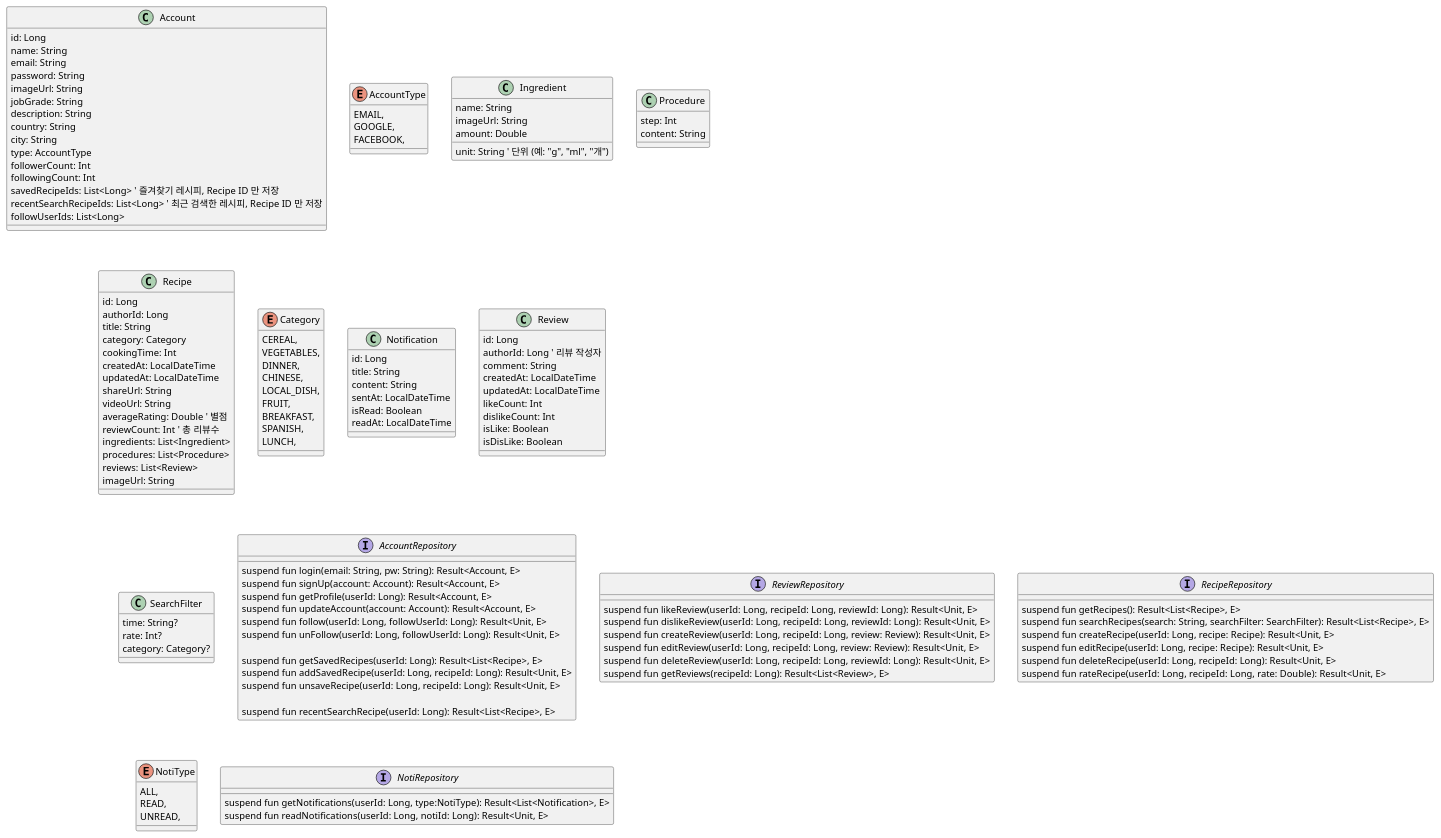
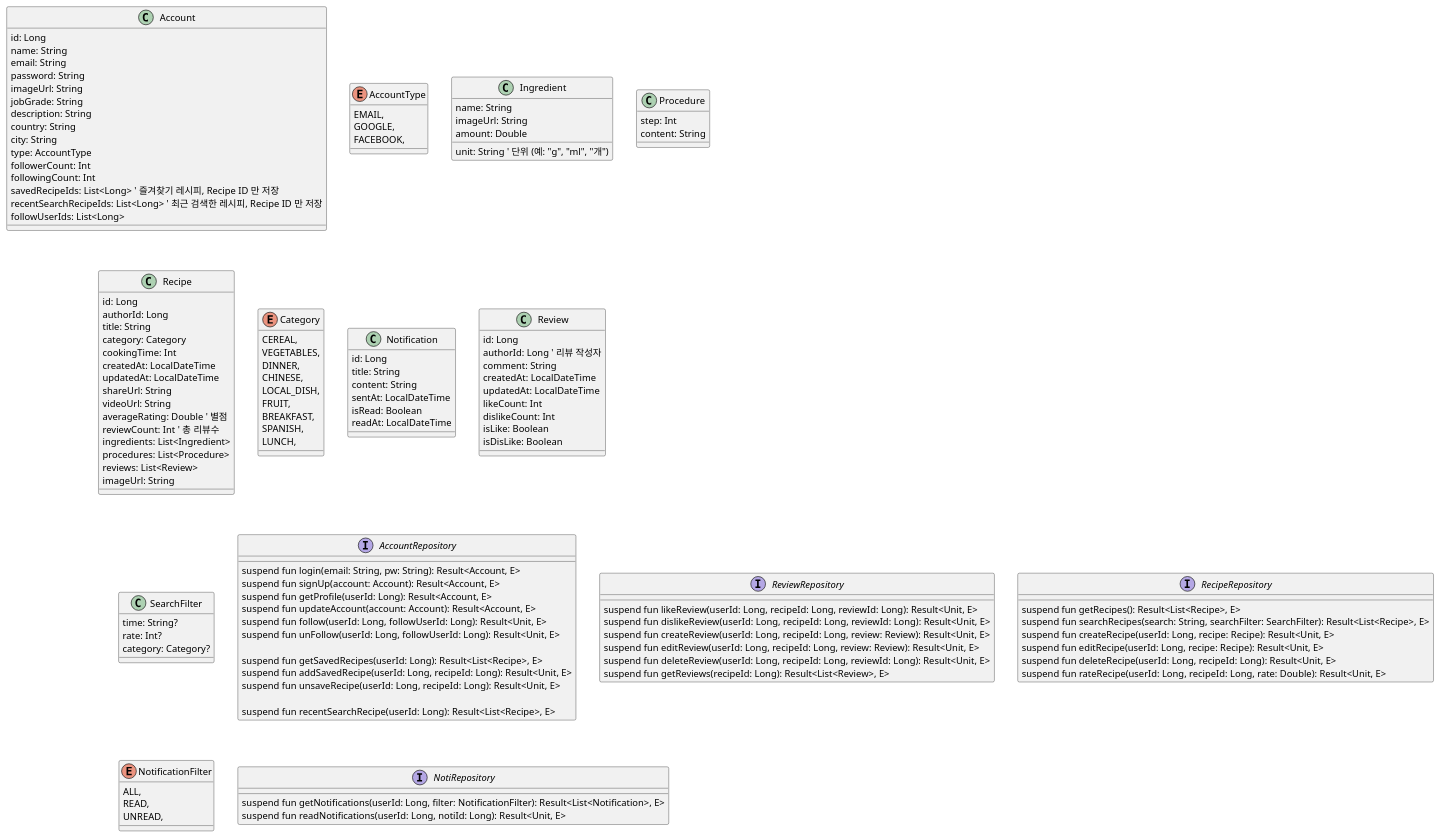
Before and after one commit to SurvivalCodingCampus/gangnam2_kotlin_study: the diagram in src/main/kotlin/com/ezlevup/my/foodrecipe/FoodRecipe1.puml, drawn with PlantUML.

Commit message:
feat: NotificationFilter 이름 변경

```diff
--- a/src/main/kotlin/com/ezlevup/my/foodrecipe/FoodRecipe1.puml
+++ b/src/main/kotlin/com/ezlevup/my/foodrecipe/FoodRecipe1.puml
@@ -1,151 +1,151 @@
 @startuml
 ' Food Recipe class-diagram
 
 class Account {
     id: Long
     name: String
     email: String
     password: String
     imageUrl: String
     jobGrade: String
     description: String
     country: String
     city: String
     type: AccountType
     followerCount: Int
     followingCount: Int
     savedRecipeIds: List<Long> ' 즐겨찾기 레시피, Recipe ID 만 저장
     recentSearchRecipeIds: List<Long> ' 최근 검색한 레시피, Recipe ID 만 저장
     followUserIds: List<Long>
 }
 
 enum AccountType {
     EMAIL,
     GOOGLE,
     FACEBOOK,
 }
 
 ' 재료
 class Ingredient {
     name: String
     imageUrl: String
     amount: Double
     unit: String ' 단위 (예: "g", "ml", "개")
 }
 
 ' 조리 순서
 class Procedure {
     step: Int
     content: String
 }
 
 class Recipe {
     id: Long
     authorId: Long
     title: String
     category: Category
     cookingTime: Int
     createdAt: LocalDateTime
     updatedAt: LocalDateTime
     shareUrl: String
     videoUrl: String
     averageRating: Double ' 별점
     reviewCount: Int ' 총 리뷰수
     ingredients: List<Ingredient>
     procedures: List<Procedure>
     reviews: List<Review>
     imageUrl: String
 }
 
 enum Category {
     CEREAL,
     VEGETABLES,
     DINNER,
     CHINESE,
     LOCAL_DISH,
     FRUIT,
     BREAKFAST,
     SPANISH,
     LUNCH,
 }
 
 
 class Notification {
     id: Long
     title: String
     content: String
     sentAt: LocalDateTime
     isRead: Boolean
     readAt: LocalDateTime
 }
 
 class Review {
     id: Long
     authorId: Long ' 리뷰 작성자
     comment: String
     createdAt: LocalDateTime
     updatedAt: LocalDateTime
     likeCount: Int
     dislikeCount: Int
     isLike: Boolean
     isDisLike: Boolean
 }
 
 class SearchFilter {
     time: String?
     rate: Int?
     category: Category?
 }
 
 
 interface AccountRepository {
     suspend fun login(email: String, pw: String): Result<Account, E>
     suspend fun signUp(account: Account): Result<Account, E>
     suspend fun getProfile(userId: Long): Result<Account, E>
     suspend fun updateAccount(account: Account): Result<Account, E>
     suspend fun follow(userId: Long, followUserId: Long): Result<Unit, E>
     suspend fun unFollow(userId: Long, followUserId: Long): Result<Unit, E>
 
     ' 즐겨 찾기한 레시피
     suspend fun getSavedRecipes(userId: Long): Result<List<Recipe>, E>
     suspend fun addSavedRecipe(userId: Long, recipeId: Long): Result<Unit, E>
     suspend fun unsaveRecipe(userId: Long, recipeId: Long): Result<Unit, E>
 
     ' 최근 검색 레시피
     suspend fun recentSearchRecipe(userId: Long): Result<List<Recipe>, E>
 }
 
 interface ReviewRepository {
     suspend fun likeReview(userId: Long, recipeId: Long, reviewId: Long): Result<Unit, E>
     suspend fun dislikeReview(userId: Long, recipeId: Long, reviewId: Long): Result<Unit, E>
     suspend fun createReview(userId: Long, recipeId: Long, review: Review): Result<Unit, E>
     suspend fun editReview(userId: Long, recipeId: Long, review: Review): Result<Unit, E>
     suspend fun deleteReview(userId: Long, recipeId: Long, reviewId: Long): Result<Unit, E>
     suspend fun getReviews(recipeId: Long): Result<List<Review>, E>
 }
 
 interface RecipeRepository {
     suspend fun getRecipes(): Result<List<Recipe>, E>
     suspend fun searchRecipes(search: String, searchFilter: SearchFilter): Result<List<Recipe>, E>
     suspend fun createRecipe(userId: Long, recipe: Recipe): Result<Unit, E>
     suspend fun editRecipe(userId: Long, recipe: Recipe): Result<Unit, E>
     suspend fun deleteRecipe(userId: Long, recipeId: Long): Result<Unit, E>
     suspend fun rateRecipe(userId: Long, recipeId: Long, rate: Double): Result<Unit, E>
 }
 
-enum NotiType {
+enum NotificationFilter {
     ALL,
     READ,
     UNREAD,
 }
 
 interface NotiRepository {
-    suspend fun getNotifications(userId: Long, type:NotiType): Result<List<Notification>, E>
+    suspend fun getNotifications(userId: Long, filter: NotificationFilter): Result<List<Notification>, E>
     suspend fun readNotifications(userId: Long, notiId: Long): Result<Unit, E>
 }
 
 
 ' 관계 정의
 
 
 @enduml
```
